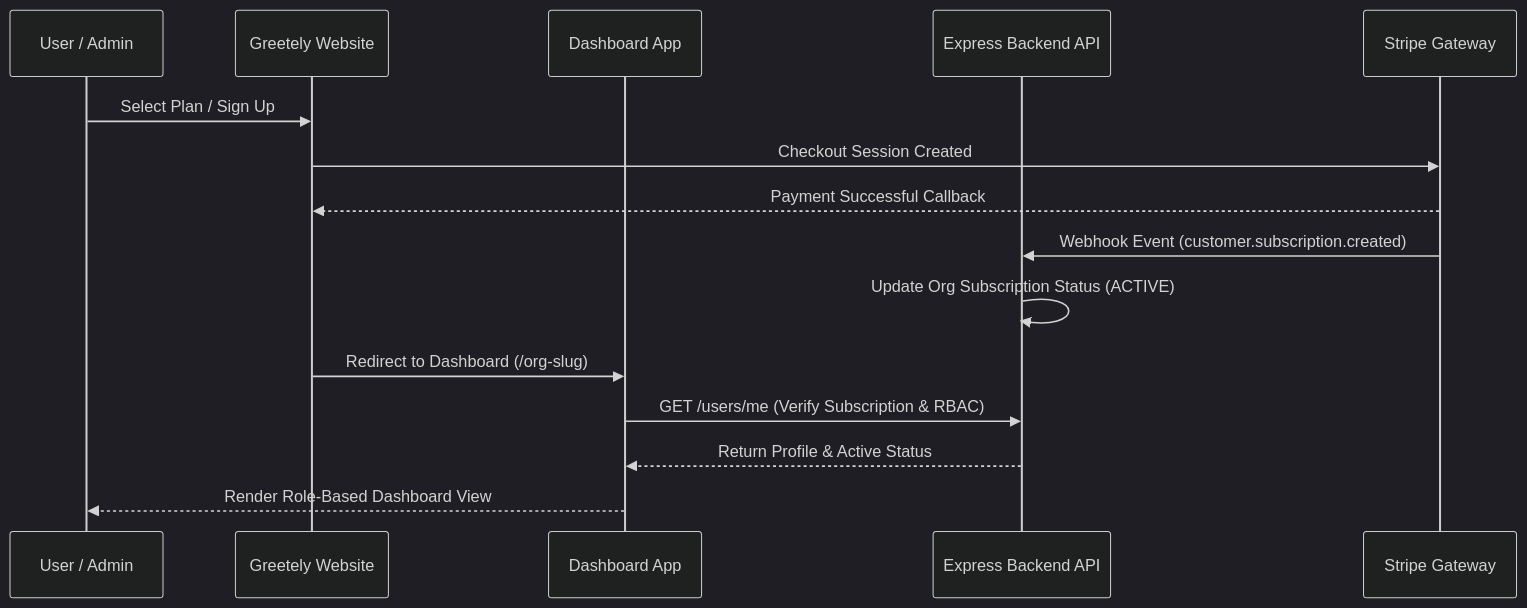
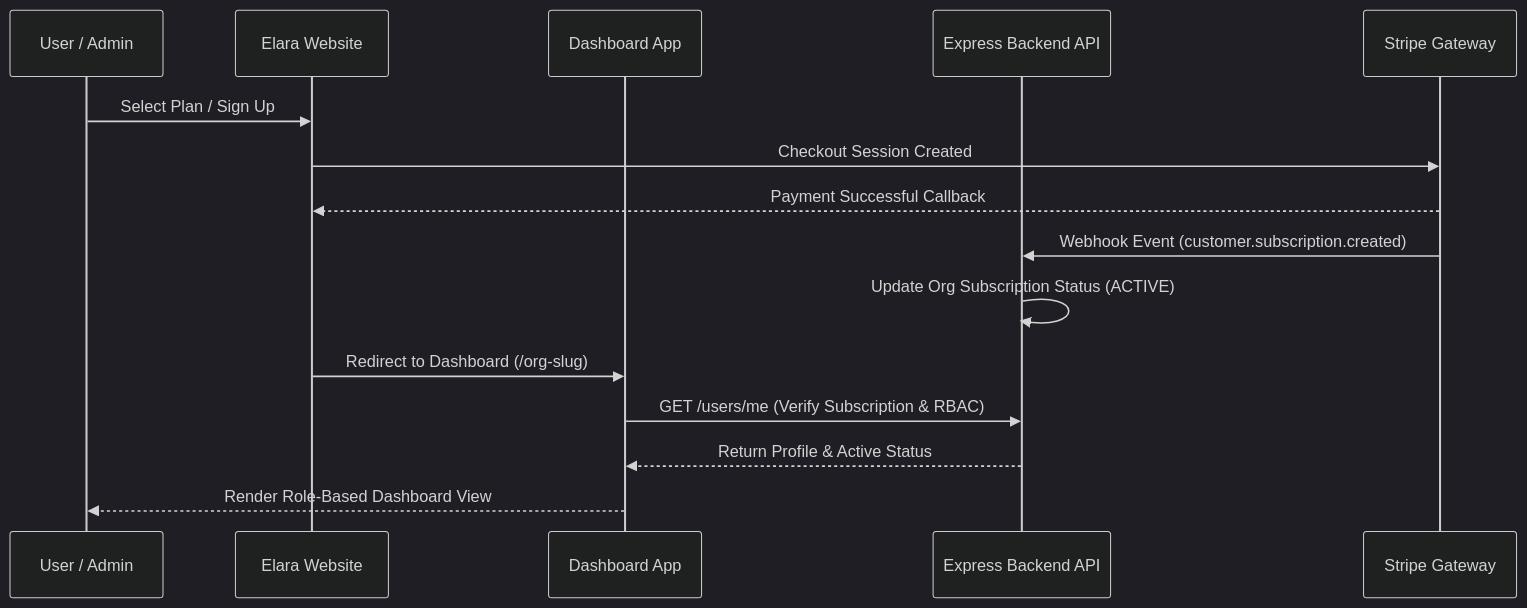
The diagram in README.md (mayesha6/elara_dashboard), drawn with Mermaid (dark theme) before and after one commit. The commit also changed other lines of this file and 33 other files, not shown here.

````diff
--- a/README.md
+++ b/README.md
@@ -120,18 +120,18 @@
 ```mermaid
 sequenceDiagram
     participant User as User / Admin
-    participant Website as Greetely Website
+    participant Website as Elara Website
     participant Dashboard as Dashboard App
     participant Backend as Express Backend API
     participant Stripe as Stripe Gateway
 
     User->>Website: Select Plan / Sign Up
     Website->>Stripe: Checkout Session Created
     Stripe-->>Website: Payment Successful Callback
     Stripe->>Backend: Webhook Event (customer.subscription.created)
     Backend->>Backend: Update Org Subscription Status (ACTIVE)
     Website->>Dashboard: Redirect to Dashboard (/org-slug)
     Dashboard->>Backend: GET /users/me (Verify Subscription & RBAC)
     Backend-->>Dashboard: Return Profile & Active Status
     Dashboard-->>User: Render Role-Based Dashboard View
 ```
````
